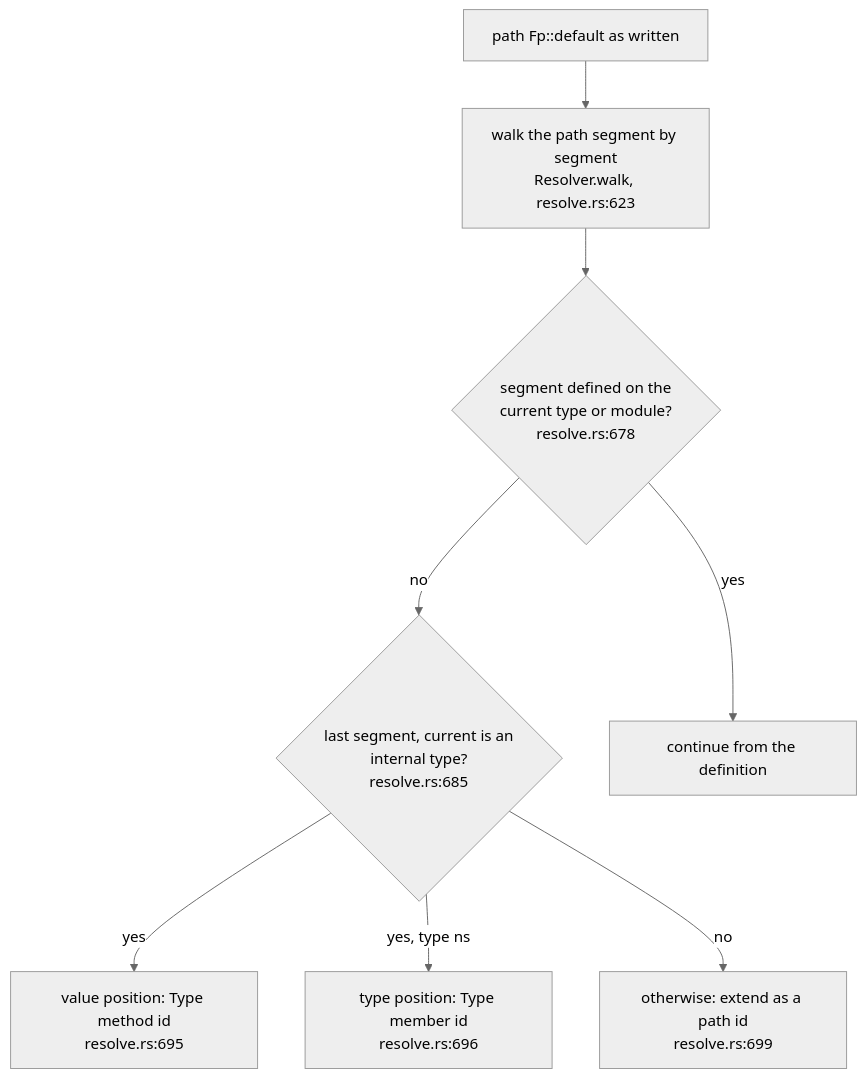
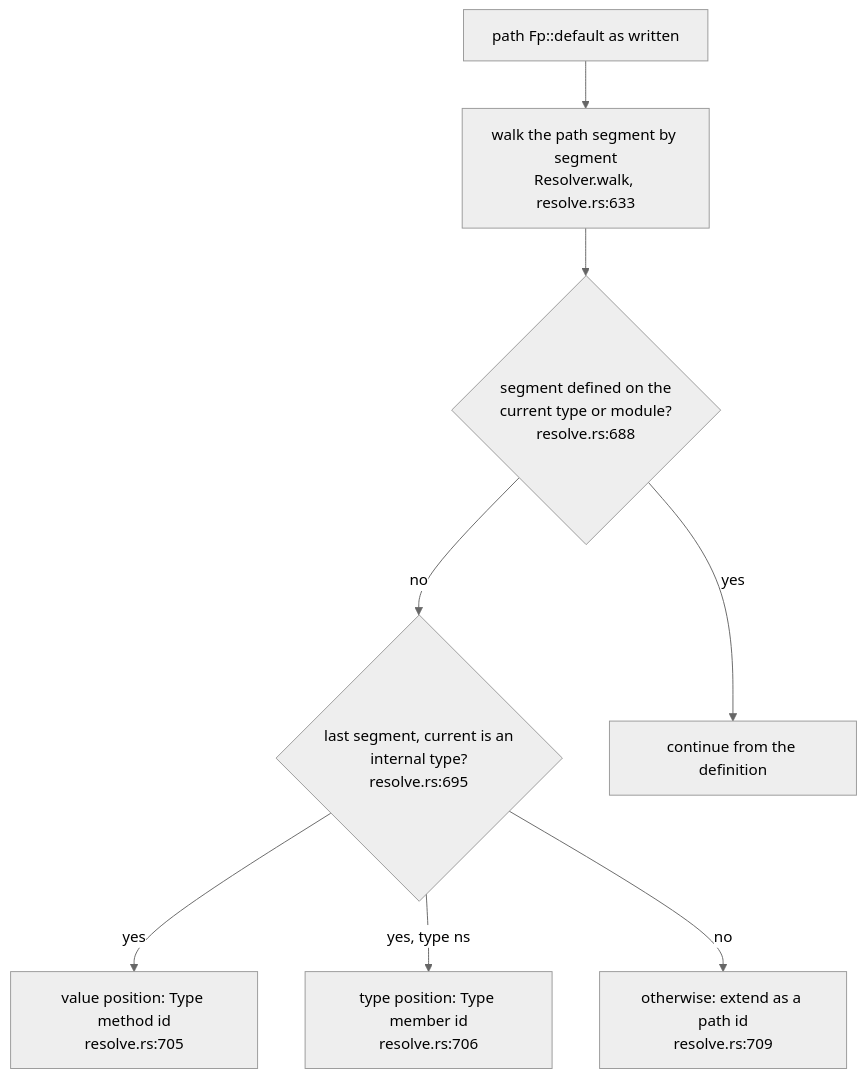
One commit to DreamLab-AI/codemaid changed the fifth of 5 diagrams in docs/diagrams/extract/02-minting-ids-for-definitions.md. Above: the diagram before and after it, drawn with Mermaid (neutral theme). The commit also changed other lines of this file and 23 other files, not shown here.

````diff
--- a/docs/diagrams/extract/02-minting-ids-for-definitions.md
+++ b/docs/diagrams/extract/02-minting-ids-for-definitions.md
@@ -185,17 +185,17 @@
 ```mermaid
 flowchart TB
     P["path Fp::default as written"]
-    WK["walk the path segment by segment<br/>Resolver.walk, resolve.rs:623"]
-    KN{"segment defined on the<br/>current type or module?<br/>resolve.rs:678"}
-    LAST{"last segment, current is an<br/>internal type?<br/>resolve.rs:685"}
-    VAL["value position: Type method id<br/>resolve.rs:695"]
-    TY["type position: Type member id<br/>resolve.rs:696"]
-    EP["otherwise: extend as a path id<br/>resolve.rs:699"]
+    WK["walk the path segment by segment<br/>Resolver.walk, resolve.rs:633"]
+    KN{"segment defined on the<br/>current type or module?<br/>resolve.rs:688"}
+    LAST{"last segment, current is an<br/>internal type?<br/>resolve.rs:695"}
+    VAL["value position: Type method id<br/>resolve.rs:705"]
+    TY["type position: Type member id<br/>resolve.rs:706"]
+    EP["otherwise: extend as a path id<br/>resolve.rs:709"]
     NEXT["continue from the definition"]
     P --> WK --> KN
     KN -->|yes| NEXT
     KN -->|no| LAST
     LAST -->|yes| VAL
     LAST -->|yes, type ns| TY
     LAST -->|no| EP
 ```
````
